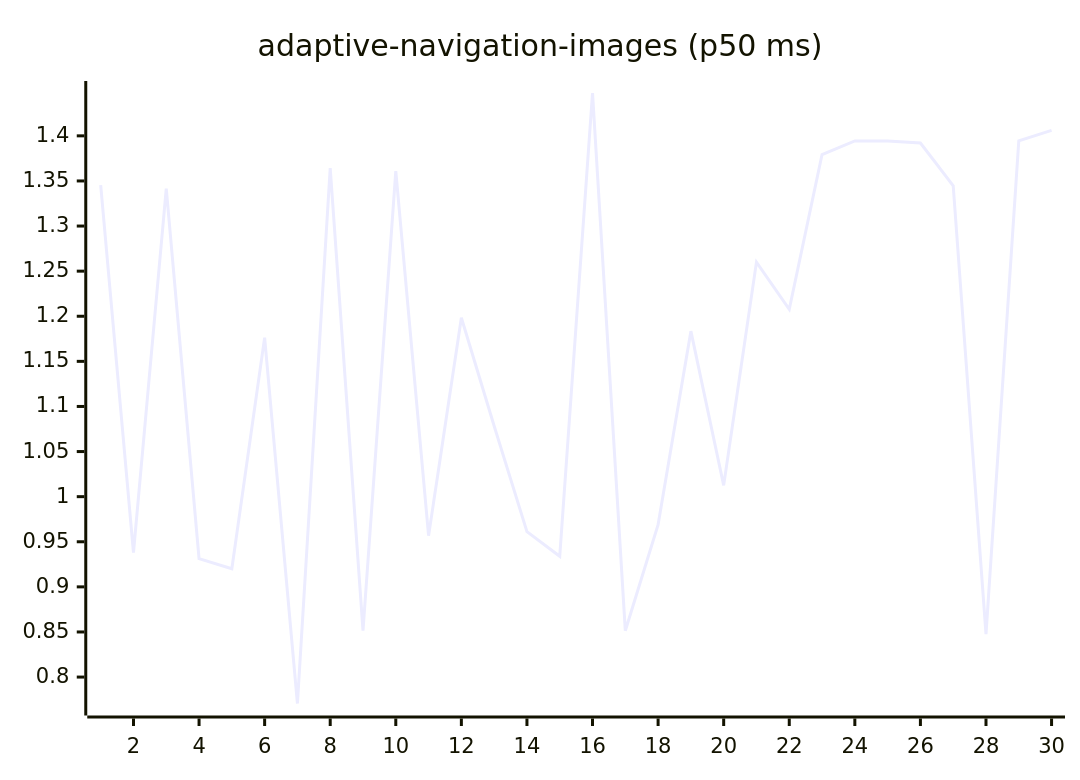
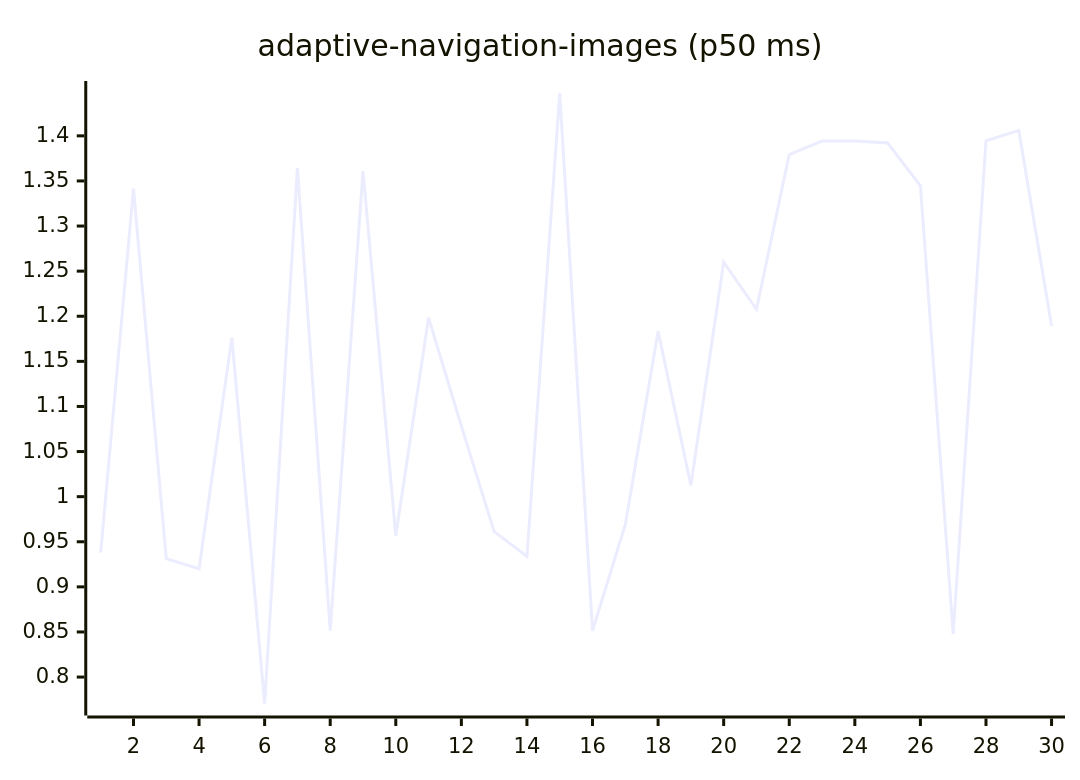
One commit to josha/Facet changed the first of 27 diagrams in README.md. Above: the diagram before and after it, drawn with Mermaid. The commit also changed other lines of this file and 2 other files, not shown here.

````diff
--- a/README.md
+++ b/README.md
@@ -63,6 +63,6 @@
 ```mermaid
 xychart-beta
     title "adaptive-navigation-images (p50 ms)"
     x-axis 1 --> 30
-    line [1.3455, 0.9380, 1.3415, 0.9312, 0.9201, 1.1763, 0.7707, 1.3642, 0.8516, 1.3610, 0.9567, 1.1983, 1.0783, 0.9612, 0.9339, 1.4475, 0.8514, 0.9690, 1.1835, 1.0125, 1.2600, 1.2076, 1.3793, 1.3944, 1.3942, 1.3921, 1.3447, 0.8475, 1.3944, 1.4060]
+    line [0.9380, 1.3415, 0.9312, 0.9201, 1.1763, 0.7707, 1.3642, 0.8516, 1.3610, 0.9567, 1.1983, 1.0783, 0.9612, 0.9339, 1.4475, 0.8514, 0.9690, 1.1835, 1.0125, 1.2600, 1.2076, 1.3793, 1.3944, 1.3942, 1.3921, 1.3447, 0.8475, 1.3944, 1.4060, 1.1893]
 ```
````
